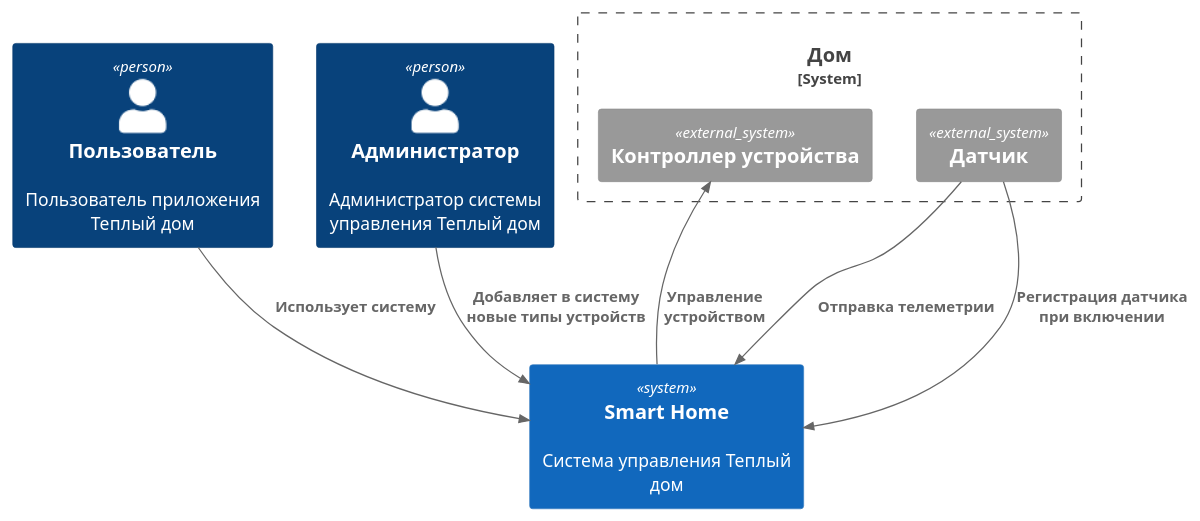
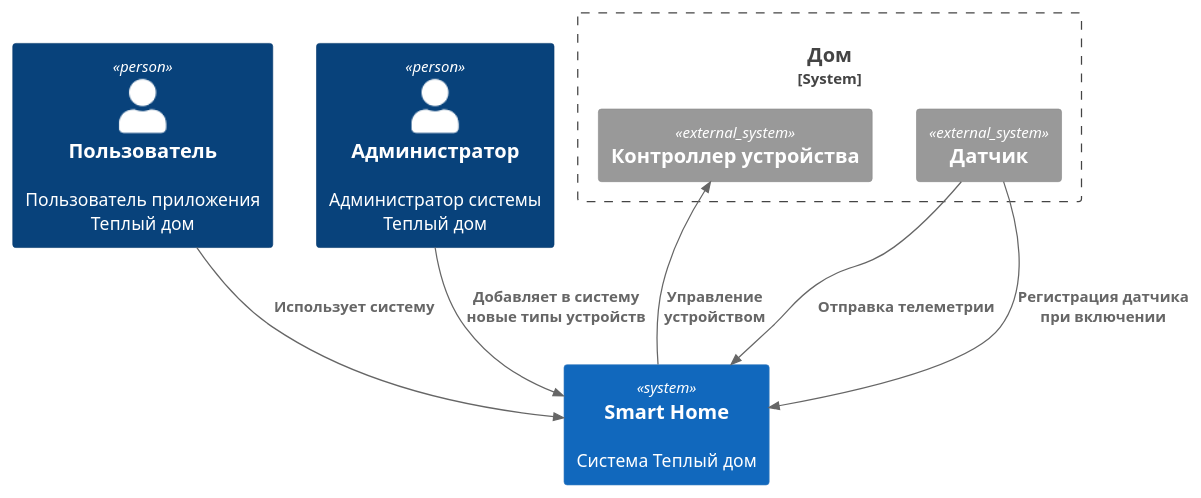
Before and after one commit to knautilus/architecture-warmhouse: the diagram in diagrams/smart_home/ToBe_Context.puml, drawn with PlantUML. The commit also changed 6 other files, not shown here.

```diff
--- a/diagrams/smart_home/ToBe_Context.puml
+++ b/diagrams/smart_home/ToBe_Context.puml
@@ -1,21 +1,21 @@
 @startuml
 
 !include https://raw.githubusercontent.com/plantuml-stdlib/C4-PlantUML/master/C4_Context.puml
 
 Person(User, "Пользователь", "Пользователь приложения Теплый дом")
-Person(Admin, "Администратор", "Администратор системы управления Теплый дом")
+Person(Admin, "Администратор", "Администратор системы Теплый дом")
 
-System(SmartHome, "Smart Home", "Система управления Теплый дом")
+System(SmartHome, "Smart Home", "Система Теплый дом")
 
 System_Boundary(House, "Дом") {
     System_Ext(Sensor, "Датчик")
     System_Ext(Device, "Контроллер устройства")
 }
 
 Rel(Admin, SmartHome, "Добавляет в систему новые типы устройств")
 Rel(User, SmartHome, "Использует систему")
 Rel(Sensor, SmartHome, "Отправка телеметрии")
 Rel(Sensor, SmartHome, "Регистрация датчика при включении")
 Rel(SmartHome, Device, "Управление устройством")
 
 @enduml
```
